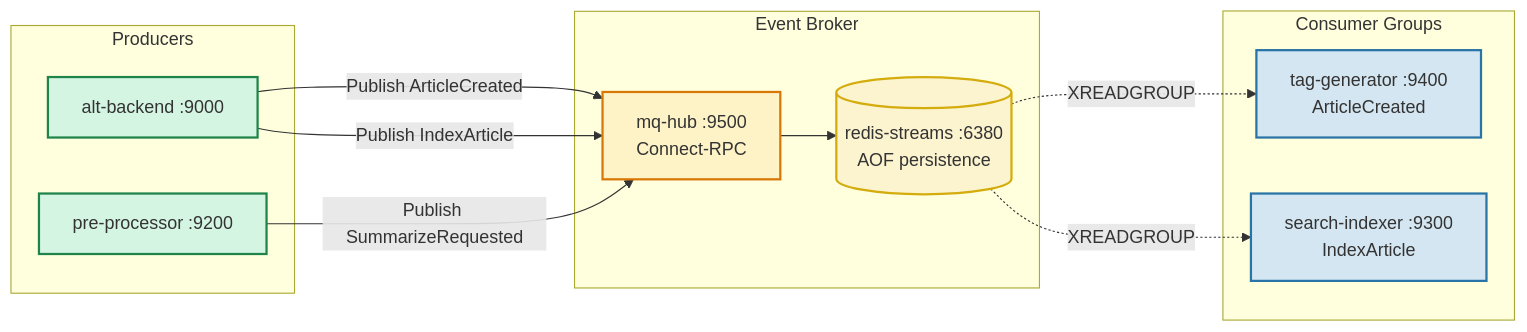
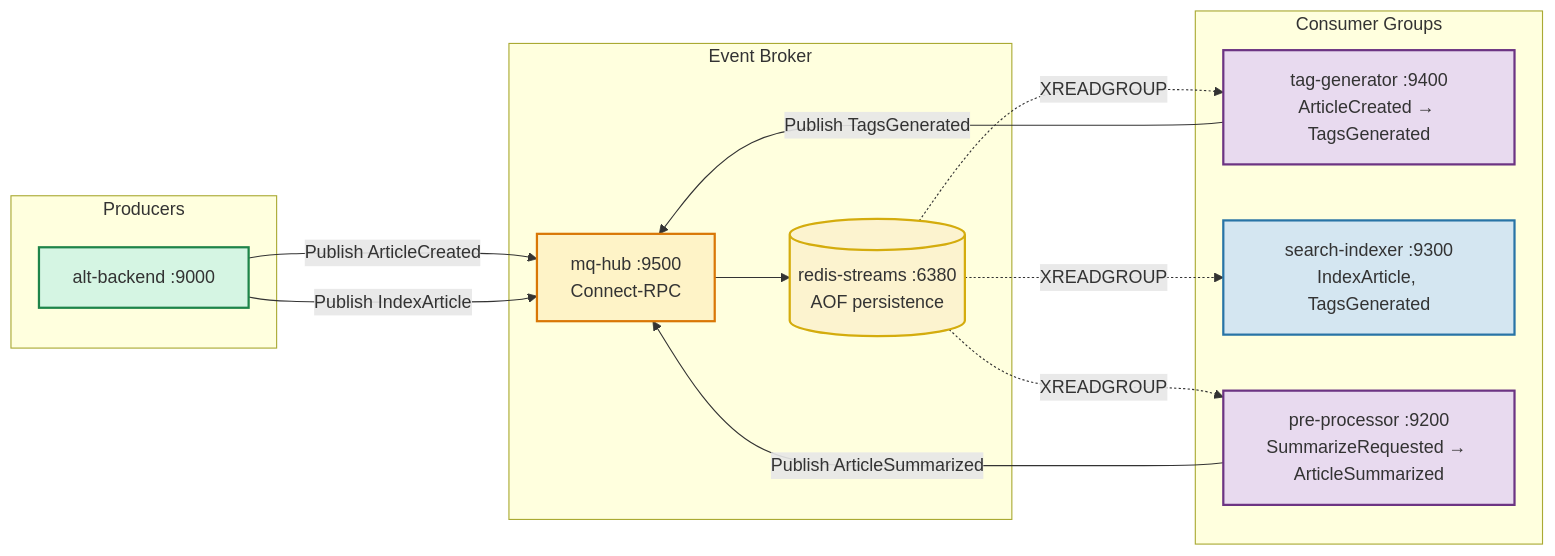
One commit to Kaikei-e/Alt changed the eighth of 12 diagrams in README.md. Above: the diagram before and after it, drawn with Mermaid. The commit also changed other lines of this file, not shown here.

First line of the commit message:
docs(architecture): update README with new service components and flow adjustments

````diff
--- a/README.md
+++ b/README.md
@@ -582,29 +618,32 @@
 ```mermaid
 flowchart LR
     classDef producer fill:#d5f5e3,stroke:#1e8449,stroke-width:2px
     classDef broker fill:#fef3c7,stroke:#d97706,stroke-width:2px
     classDef consumer fill:#d4e6f1,stroke:#2874a6,stroke-width:2px
     classDef stream fill:#fcf3cf,stroke:#d4ac0d,stroke-width:2px
+    classDef both fill:#e8daef,stroke:#6c3483,stroke-width:2px
 
     subgraph Producers
         Backend[alt-backend :9000]:::producer
-        PreProc[pre-processor :9200]:::producer
     end
 
     subgraph "Event Broker"
         MQHub[mq-hub :9500<br/>Connect-RPC]:::broker
         Redis[(redis-streams :6380<br/>AOF persistence)]:::stream
     end
 
     subgraph Consumers["Consumer Groups"]
-        TagGen[tag-generator :9400<br/>ArticleCreated]:::consumer
-        SearchIdx[search-indexer :9300<br/>IndexArticle]:::consumer
+        TagGen[tag-generator :9400<br/>ArticleCreated → TagsGenerated]:::both
+        SearchIdx[search-indexer :9300<br/>IndexArticle, TagsGenerated]:::consumer
+        PreProc[pre-processor :9200<br/>SummarizeRequested → ArticleSummarized]:::both
     end
 
     Backend -->|Publish ArticleCreated| MQHub
     Backend -->|Publish IndexArticle| MQHub
-    PreProc -->|Publish SummarizeRequested| MQHub
+    PreProc -->|Publish ArticleSummarized| MQHub
+    TagGen -->|Publish TagsGenerated| MQHub
     MQHub --> Redis
     Redis -.->|XREADGROUP| TagGen
     Redis -.->|XREADGROUP| SearchIdx
+    Redis -.->|XREADGROUP| PreProc
 ```
````
